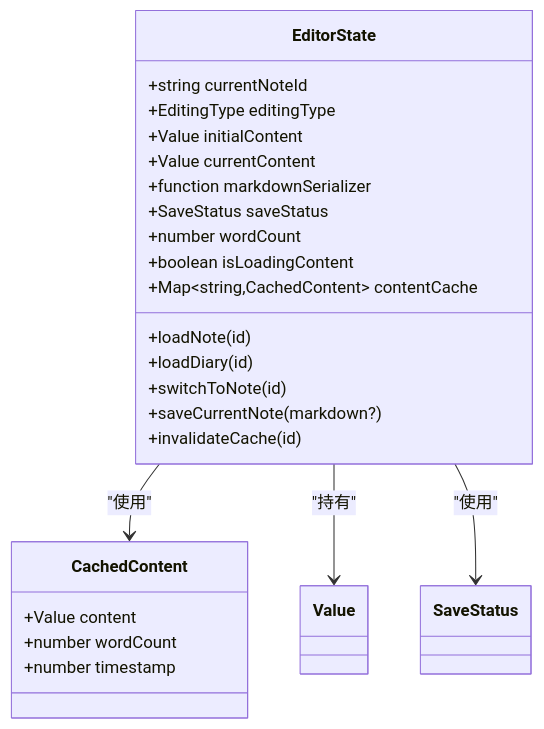
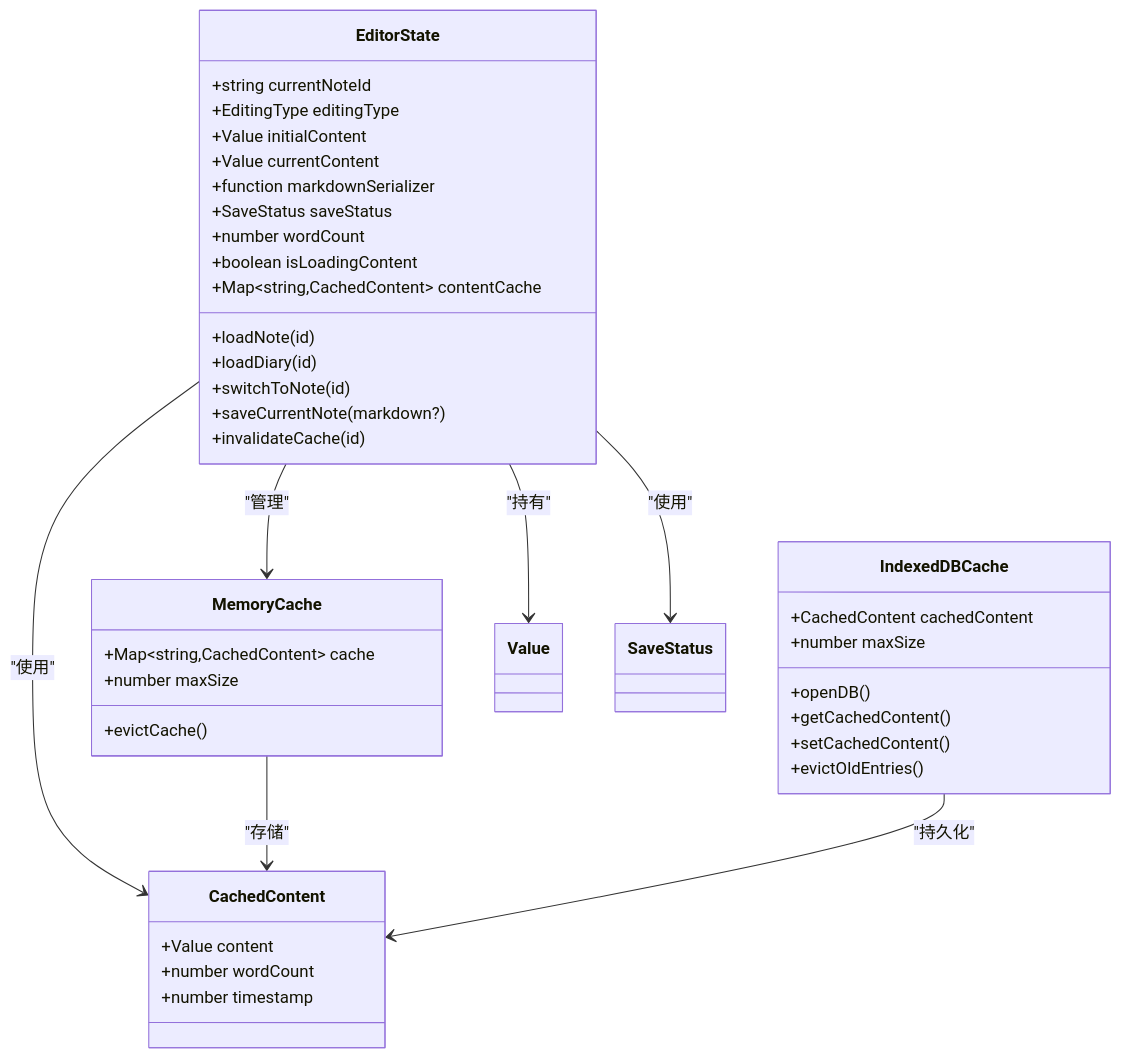
One commit to BlackBoxRecorder/uninote changed the third of 7 diagrams in .qoder/repowiki/zh/content/状态管理/编辑器状态.md. Above: the diagram before and after it, drawn with Mermaid. The commit also changed other lines of this file and 9 other files, not shown here.

````diff
--- a/.qoder/repowiki/zh/content/状态管理/编辑器状态.md
+++ b/.qoder/repowiki/zh/content/状态管理/编辑器状态.md
@@ -162,29 +200,45 @@
 ```mermaid
 classDiagram
 class EditorState {
 +string currentNoteId
 +EditingType editingType
 +Value initialContent
 +Value currentContent
 +function markdownSerializer
 +SaveStatus saveStatus
 +number wordCount
 +boolean isLoadingContent
 +Map~string,CachedContent~ contentCache
 +loadNote(id)
 +loadDiary(id)
 +switchToNote(id)
 +saveCurrentNote(markdown?)
 +invalidateCache(id)
 }
 class CachedContent {
 +Value content
 +number wordCount
 +number timestamp
 }
+class MemoryCache {
++Map~string,CachedContent~ cache
++number maxSize
++evictCache()
+}
+class IndexedDBCache {
++CachedContent cachedContent
++number maxSize
++openDB()
++getCachedContent()
++setCachedContent()
++evictOldEntries()
+}
 class Value
 class SaveStatus
 EditorState --> CachedContent : "使用"
+EditorState --> MemoryCache : "管理"
+MemoryCache --> CachedContent : "存储"
+IndexedDBCache --> CachedContent : "持久化"
 EditorState --> Value : "持有"
 EditorState --> SaveStatus : "使用"
 ```
````
